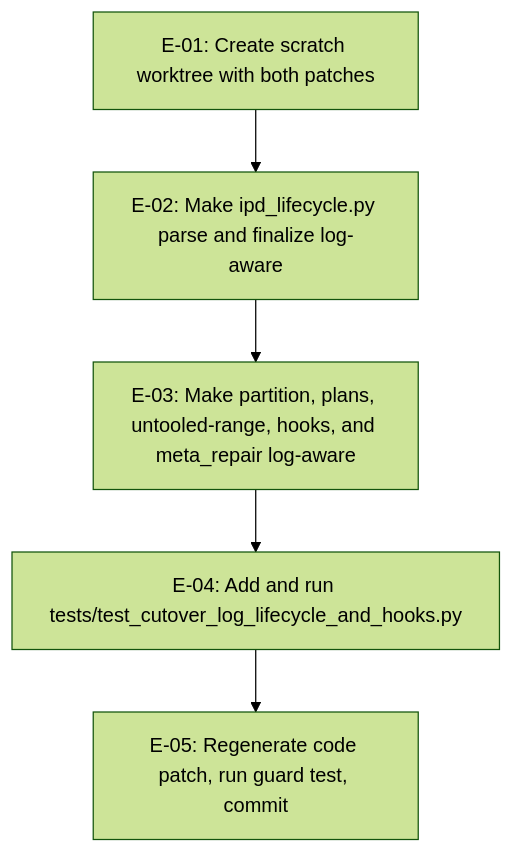
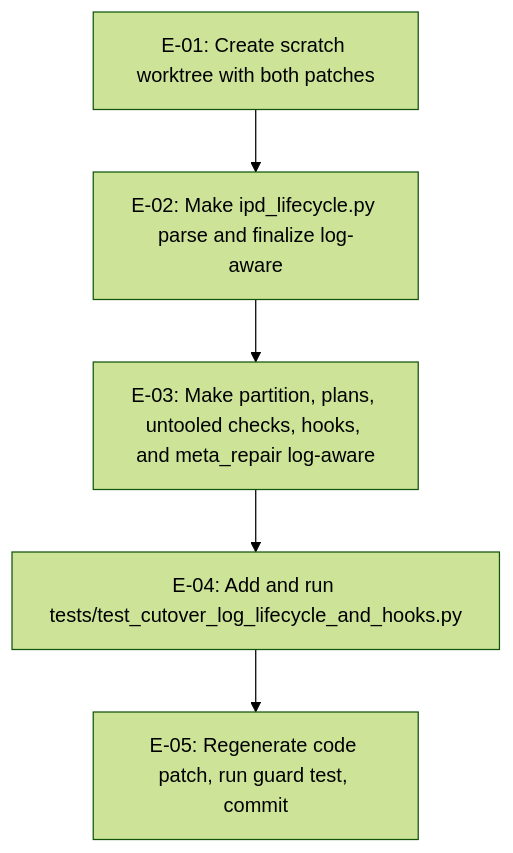
The diagram in .aw/records/plans/pending/20261126-metastore-316-otin36-make-ipd-lifecycle-partition-plans-untooled-range-hooks-and.ipd.md (fariello/agent-workflows), drawn with Mermaid (forest theme) before and after one commit. The commit also changed other lines of this file, not shown here.

First line of the commit message:
chore(plans): set status reviewed

````diff
--- a/.aw/records/plans/pending/20261126-metastore-316-otin36-make-ipd-lifecycle-partition-plans-untooled-range-hooks-and.ipd.md
+++ b/.aw/records/plans/pending/20261126-metastore-316-otin36-make-ipd-lifecycle-partition-plans-untooled-range-hooks-and.ipd.md
@@ -103,7 +113,7 @@
 ```mermaid
 flowchart TD
     E01["E-01: Create scratch worktree with both patches"] --> E02["E-02: Make ipd_lifecycle.py parse and finalize log-aware"]
-    E02 --> E03["E-03: Make partition, plans, untooled-range, hooks, and meta_repair log-aware"]
+    E02 --> E03["E-03: Make partition, plans, untooled checks, hooks, and meta_repair log-aware"]
     E03 --> E04["E-04: Add and run tests/test_cutover_log_lifecycle_and_hooks.py"]
     E04 --> E05["E-05: Regenerate code patch, run guard test, commit"]
 ```
````
